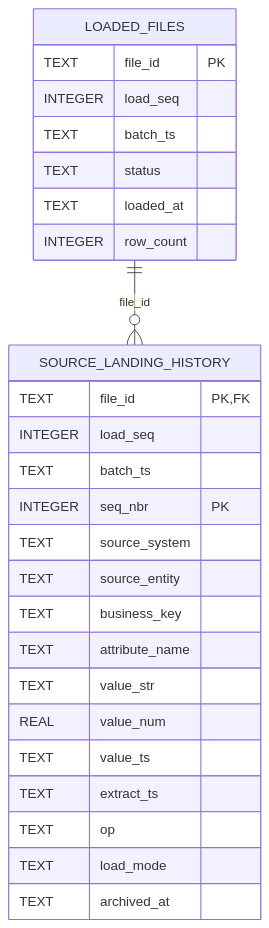
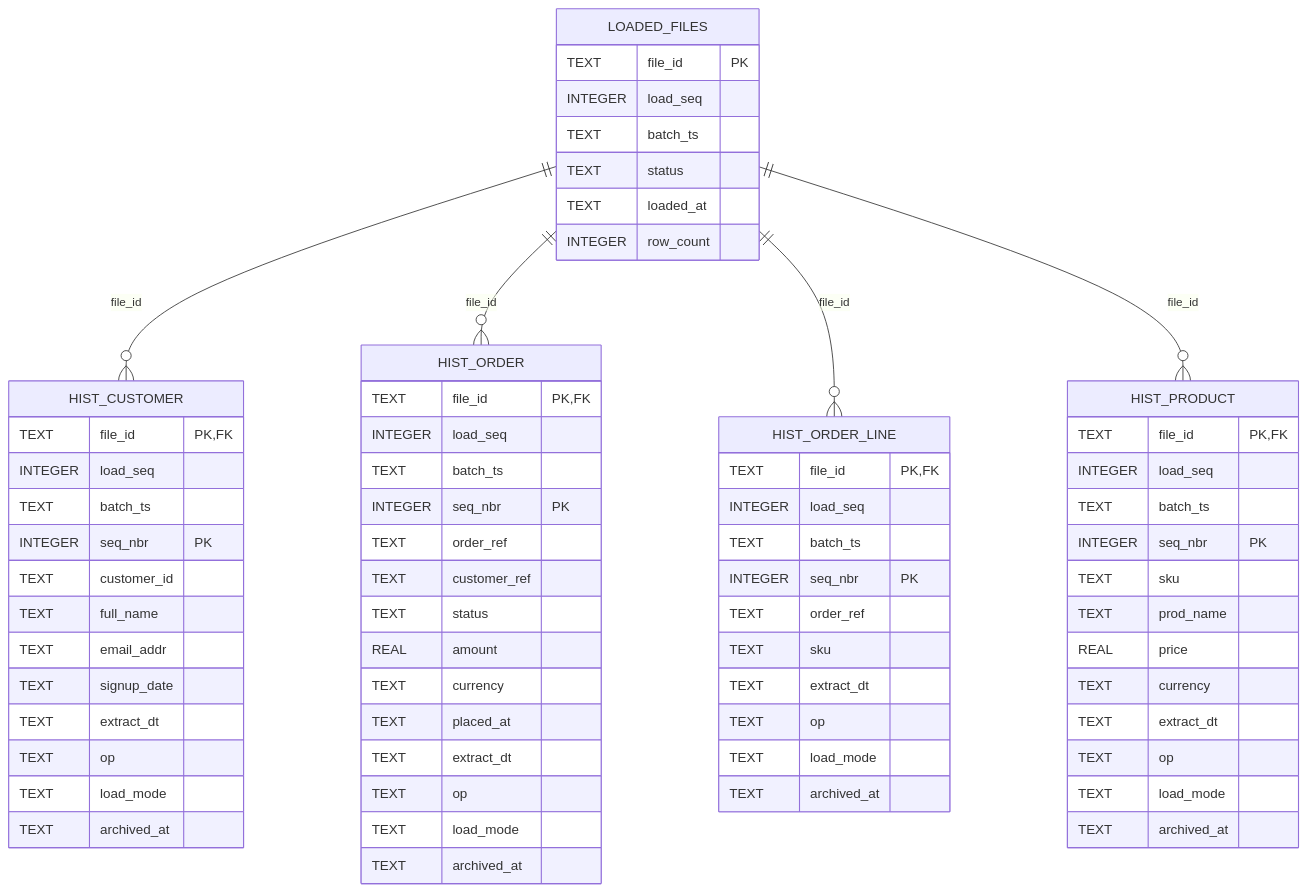
The eighth of 8 diagrams in er-diagrams/mermaid/metrics-mart.md (brianmcmillan/minimum-viable-warehouse), drawn with Mermaid before and after one commit. The commit also changed other lines of this file and 27 other files, not shown here.

````diff
--- a/er-diagrams/mermaid/metrics-mart.md
+++ b/er-diagrams/mermaid/metrics-mart.md
@@ -554,29 +514,71 @@
 ```mermaid
 erDiagram
+    HIST_CUSTOMER {
+        TEXT file_id PK, FK
+        INTEGER load_seq
+        TEXT batch_ts
+        INTEGER seq_nbr PK
+        TEXT customer_id
+        TEXT full_name
+        TEXT email_addr
+        TEXT signup_date
+        TEXT extract_dt
+        TEXT op
+        TEXT load_mode
+        TEXT archived_at
+    }
+    HIST_ORDER {
+        TEXT file_id PK, FK
+        INTEGER load_seq
+        TEXT batch_ts
+        INTEGER seq_nbr PK
+        TEXT order_ref
+        TEXT customer_ref
+        TEXT status
+        REAL amount
+        TEXT currency
+        TEXT placed_at
+        TEXT extract_dt
+        TEXT op
+        TEXT load_mode
+        TEXT archived_at
+    }
+    HIST_ORDER_LINE {
+        TEXT file_id PK, FK
+        INTEGER load_seq
+        TEXT batch_ts
+        INTEGER seq_nbr PK
+        TEXT order_ref
+        TEXT sku
+        TEXT extract_dt
+        TEXT op
+        TEXT load_mode
+        TEXT archived_at
+    }
+    HIST_PRODUCT {
+        TEXT file_id PK, FK
+        INTEGER load_seq
+        TEXT batch_ts
+        INTEGER seq_nbr PK
+        TEXT sku
+        TEXT prod_name
+        REAL price
+        TEXT currency
+        TEXT extract_dt
+        TEXT op
+        TEXT load_mode
+        TEXT archived_at
+    }
     LOADED_FILES {
         TEXT file_id PK
         INTEGER load_seq
         TEXT batch_ts
         TEXT status
         TEXT loaded_at
         INTEGER row_count
     }
-    SOURCE_LANDING_HISTORY {
-        TEXT file_id PK, FK
-        INTEGER load_seq
-        TEXT batch_ts
-        INTEGER seq_nbr PK
-        TEXT source_system
-        TEXT source_entity
-        TEXT business_key
-        TEXT attribute_name
-        TEXT value_str
-        REAL value_num
-        TEXT value_ts
-        TEXT extract_ts
-        TEXT op
-        TEXT load_mode
-        TEXT archived_at
-    }
-    LOADED_FILES ||--o{ SOURCE_LANDING_HISTORY : "file_id"
+    LOADED_FILES ||--o{ HIST_CUSTOMER : "file_id"
+    LOADED_FILES ||--o{ HIST_ORDER : "file_id"
+    LOADED_FILES ||--o{ HIST_ORDER_LINE : "file_id"
+    LOADED_FILES ||--o{ HIST_PRODUCT : "file_id"
 ```
````
